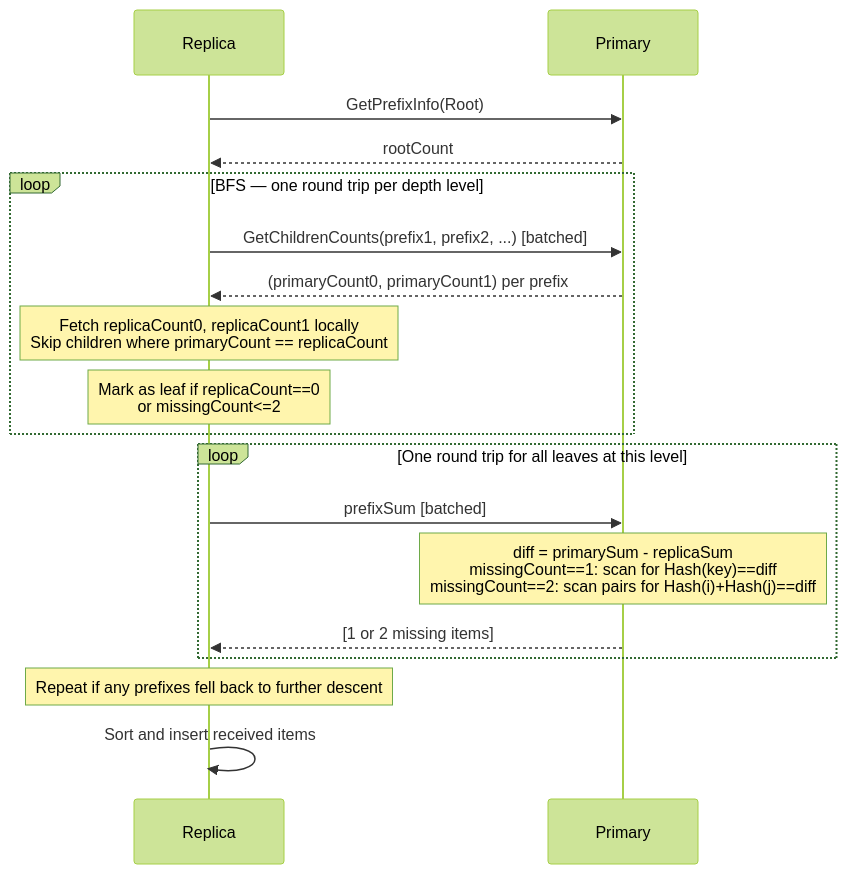
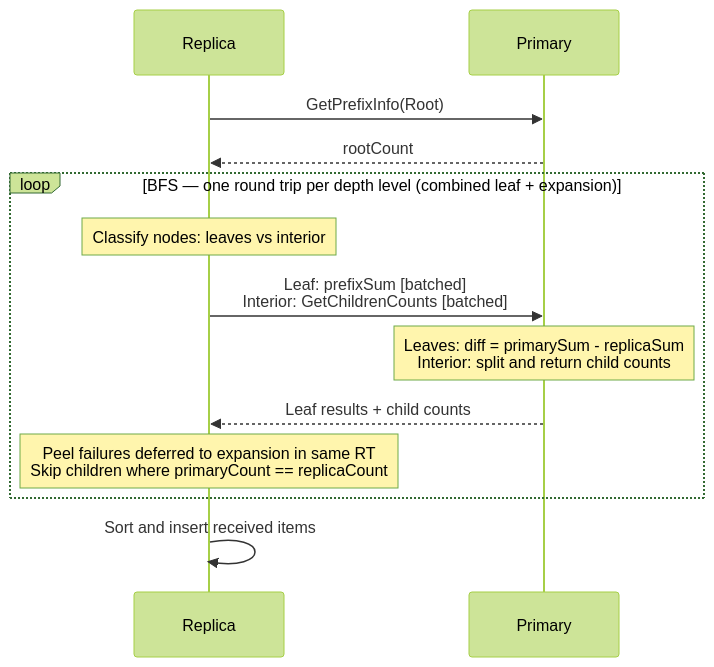
Before and after one commit to arj03/setsum-cs: the third of 8 diagrams in SetSum/Sync/README.md, drawn with Mermaid (forest theme). The commit also changed other lines of this file and 5 other files, not shown here.

First line of the commit message:
Optimization 1 — Combined leaf + expansion per BFS level:   - Merged the two separate RT blocks (leaf resolution + expansion) into a single RoundTrips++ per BFS iteration, mirroring the pattern from EpochRepair.cs   - Fallback deferrals feed directly into the expansion pass within the same RT

````diff
--- a/SetSum/Sync/README.md
+++ b/SetSum/Sync/README.md
@@ -95,24 +95,18 @@
 ```mermaid
 sequenceDiagram
     participant R as Replica
     participant P as Primary
 
     R->>P: GetPrefixInfo(Root)
     P-->>R: rootCount
 
-    loop BFS — one round trip per depth level
-        R->>P: GetChildrenCounts(prefix1, prefix2, ...) [batched]
-        P-->>R: (primaryCount0, primaryCount1) per prefix
-        Note over R: Fetch replicaCount0, replicaCount1 locally<br/>Skip children where primaryCount == replicaCount
-        Note over R: Mark as leaf if replicaCount==0<br/>or missingCount<=2
+    loop BFS — one round trip per depth level (combined leaf + expansion)
+        Note over R: Classify nodes: leaves vs interior
+        R->>P: Leaf: prefixSum [batched]<br/>Interior: GetChildrenCounts [batched]
+        Note over P: Leaves: diff = primarySum - replicaSum<br/>Interior: split and return child counts
+        P-->>R: Leaf results + child counts
+        Note over R: Peel failures deferred to expansion in same RT<br/>Skip children where primaryCount == replicaCount
     end
 
-    loop One round trip for all leaves at this level
-        R->>P: prefixSum [batched]
-        Note over P: diff = primarySum - replicaSum<br/>missingCount==1: scan for Hash(key)==diff<br/>missingCount==2: scan pairs for Hash(i)+Hash(j)==diff
-        P-->>R: [1 or 2 missing items]
-    end
-
-    Note over R: Repeat if any prefixes fell back to further descent
     R->>R: Sort and insert received items
 ```
````
